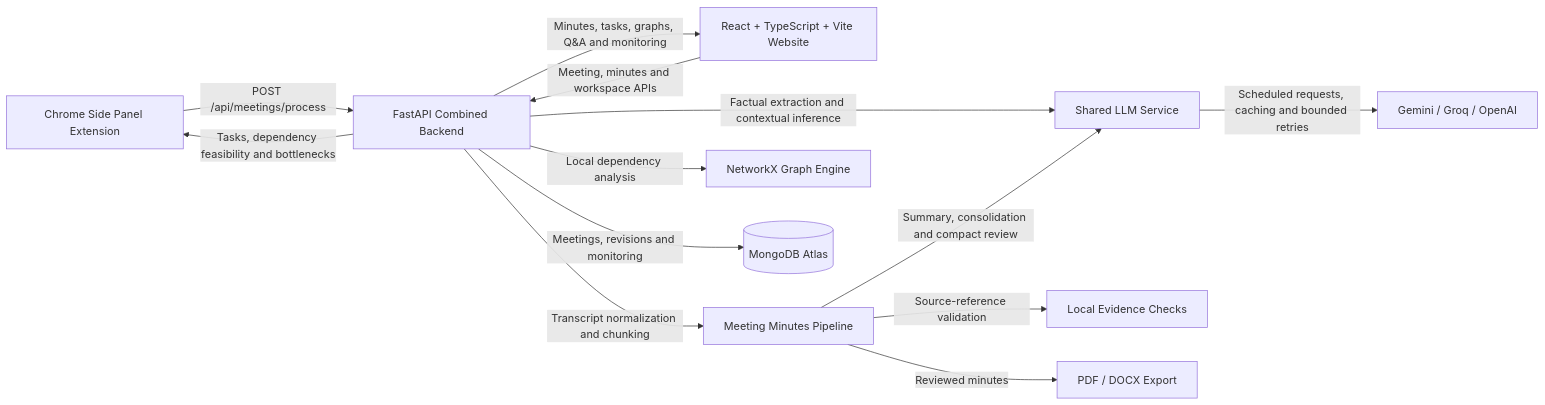
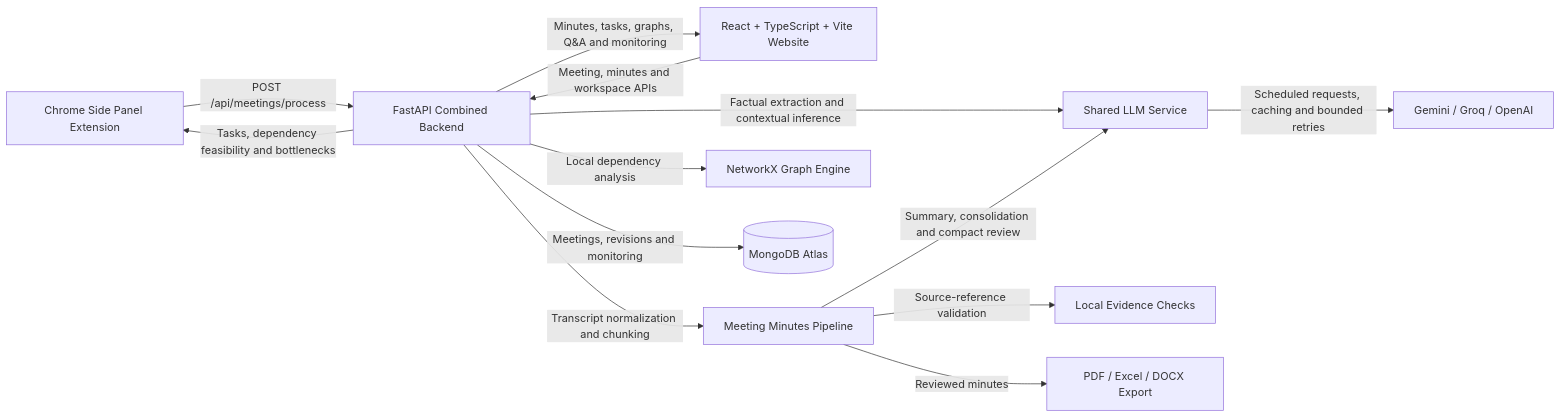
One commit to ShivsharanSanjawad/vizuraMiniProject changed the diagram in README.md. Above: the diagram before and after it, drawn with Mermaid. The commit also changed other lines of this file and 24 other files, not shown here.

````diff
--- a/README.md
+++ b/README.md
@@ -9,15 +9,15 @@
 ```mermaid
 graph LR
     Extension[Chrome Side Panel Extension] -->|POST /api/meetings/process| Backend[FastAPI Combined Backend]
     Web[React + TypeScript + Vite Website] -->|Meeting, minutes and workspace APIs| Backend
     Backend -->|Factual extraction and contextual inference| Gateway[Shared LLM Service]
     Backend -->|Transcript normalization and chunking| Minutes[Meeting Minutes Pipeline]
     Minutes -->|Summary, consolidation and compact review| Gateway
     Gateway -->|Scheduled requests, caching and bounded retries| LLM[Gemini / Groq / OpenAI]
     Backend -->|Local dependency analysis| Graph[NetworkX Graph Engine]
     Minutes -->|Source-reference validation| Verification[Local Evidence Checks]
     Backend -->|Meetings, revisions and monitoring| DB[(MongoDB Atlas)]
-    Minutes -->|Reviewed minutes| Export[PDF / DOCX Export]
+    Minutes -->|Reviewed minutes| Export[PDF / Excel / DOCX Export]
     Backend -->|Tasks, dependency feasibility and bottlenecks| Extension
     Backend -->|Minutes, tasks, graphs, Q&A and monitoring| Web
 ```
````
